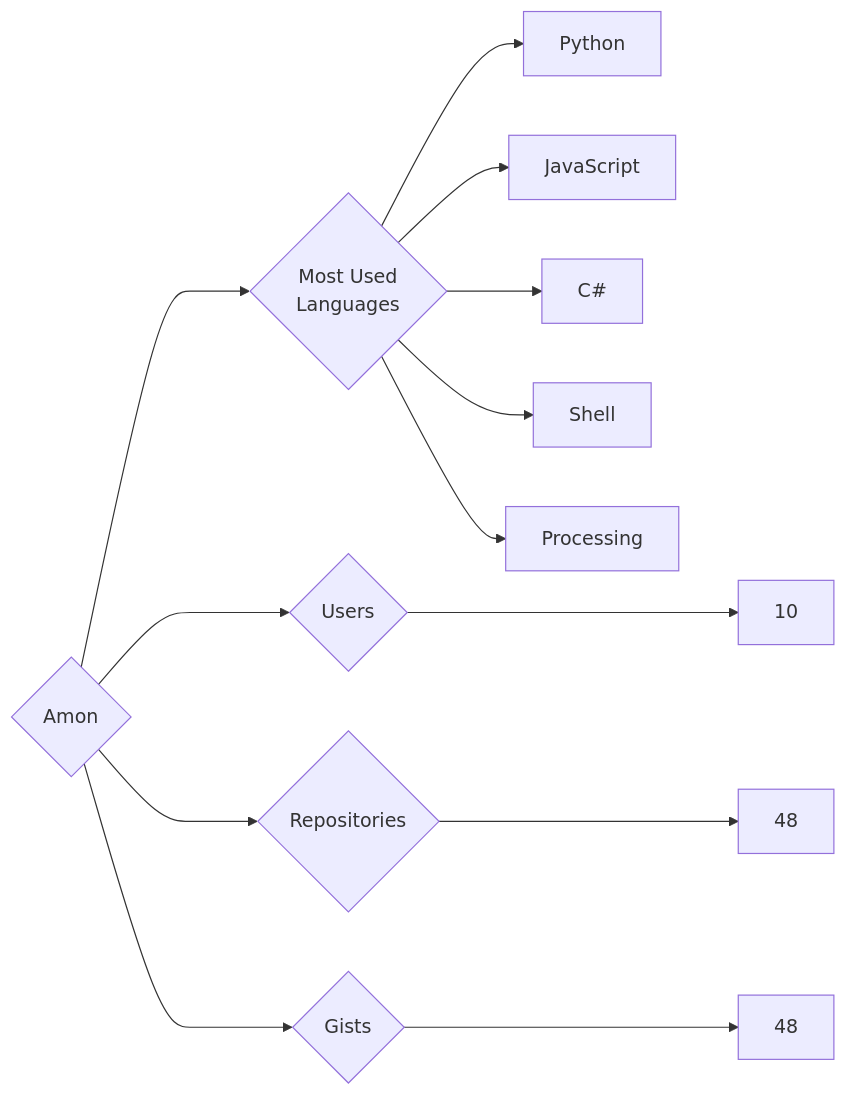
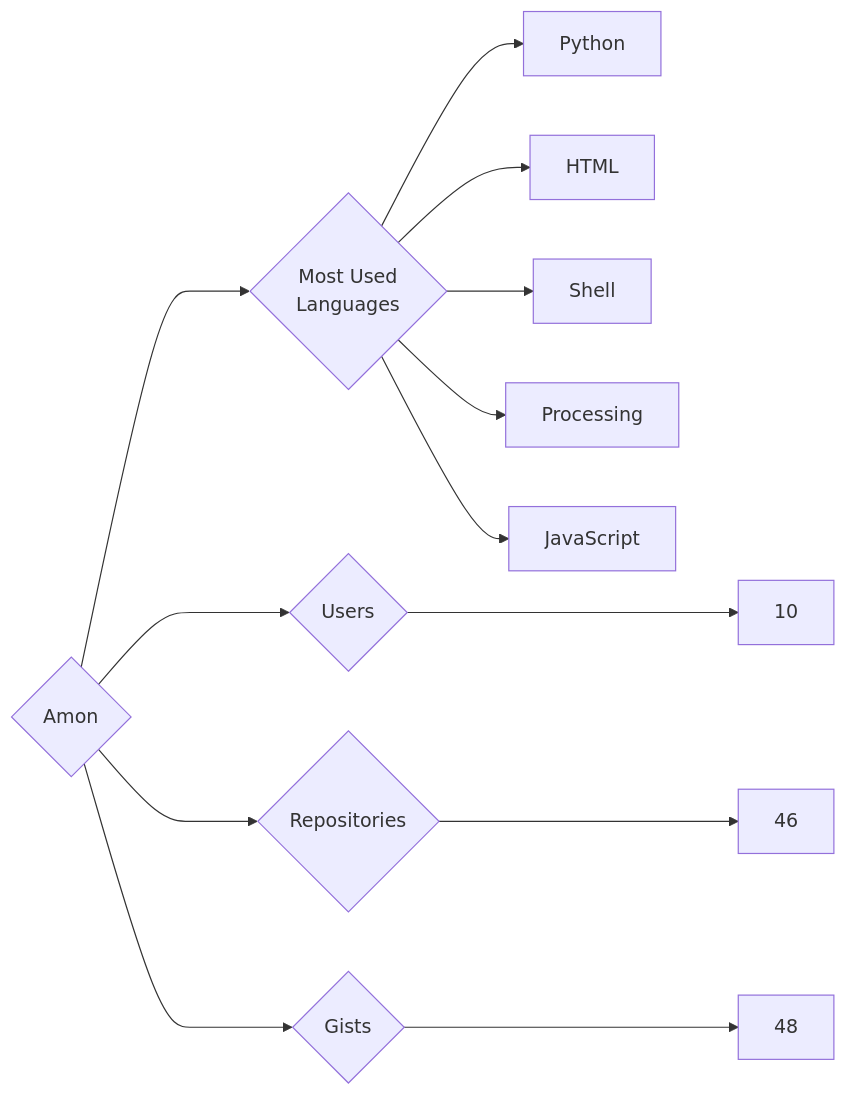
One commit to trickest/insiders changed the diagram in targets/Amon/README.md. Above: the diagram before and after it, drawn with Mermaid. The commit also changed 1011 other files, not shown here.

````diff
--- a/targets/Amon/README.md
+++ b/targets/Amon/README.md
@@ -3,13 +3,13 @@
 ```mermaid
 graph LR
 COMPANY_NAME{Amon}
 COMPANY_NAME ---> U{Users} ---> UN[10]
-COMPANY_NAME ---> R{Repositories} ---> RN[48]
+COMPANY_NAME ---> R{Repositories} ---> RN[46]
 COMPANY_NAME ---> G{Gists} ---> GN[48]
 COMPANY_NAME ---> ML{Most Used<br>Languages}
 ML --> Python[Python]
-ML --> JavaScript[JavaScript]
-ML --> C#[C#]
+ML --> HTML[HTML]
 ML --> Shell[Shell]
 ML --> Processing[Processing]
+ML --> JavaScript[JavaScript]
 ```
````
